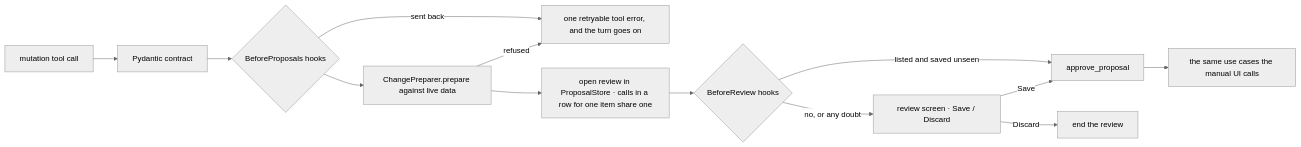
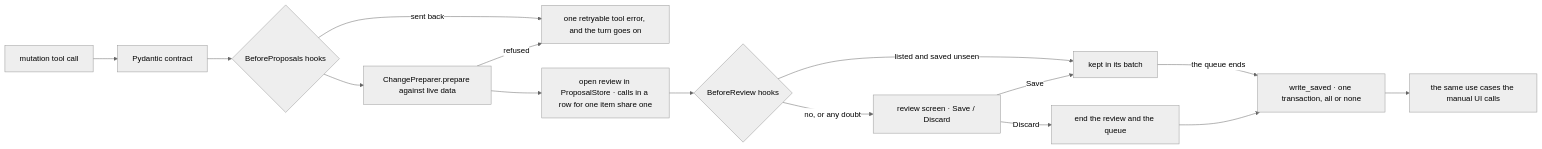
One commit to myvaheed/tg-ai-safwa changed the eighth of 13 diagrams in docs/AGENT_ARCH.md. Above: the diagram before and after it, drawn with Mermaid (neutral theme). The commit also changed other lines of this file and 29 other files, not shown here.

Commit message:
v9.169 keep a request's Saves and write them together, all or none, once its queue ends; a Discard ends the queue

````diff
--- a/docs/AGENT_ARCH.md
+++ b/docs/AGENT_ARCH.md
@@ -478,15 +479,17 @@
 ```mermaid
 flowchart LR
     T[mutation tool call] --> C[Pydantic contract]
     C --> BP{BeforeProposals hooks}
     BP -->|sent back| ERR[one retryable tool error, and the turn goes on]
     BP --> P[ChangePreparer.prepare against live data]
     P -->|refused| ERR
     P --> R[open review in ProposalStore · calls in a row for one item share one]
     R --> AUTO{BeforeReview hooks}
-    AUTO -->|listed and saved unseen| APPLY
+    AUTO -->|listed and saved unseen| KEEP
     AUTO -->|no, or any doubt| SCREEN[review screen · Save / Discard]
-    SCREEN -->|Save| APPLY[approve_proposal]
-    SCREEN -->|Discard| REJ[end the review]
+    SCREEN -->|Save| KEEP[kept in its batch]
+    SCREEN -->|Discard| REJ[end the review and the queue]
+    KEEP -->|the queue ends| APPLY[write_saved · one transaction, all or none]
+    REJ --> APPLY
     APPLY --> DOM[the same use cases the manual UI calls]
 ```
````
